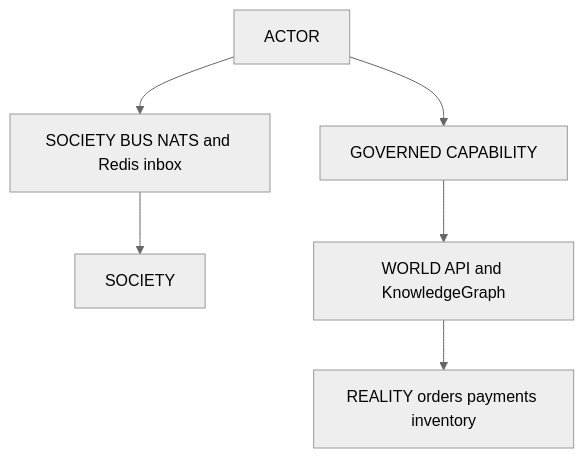
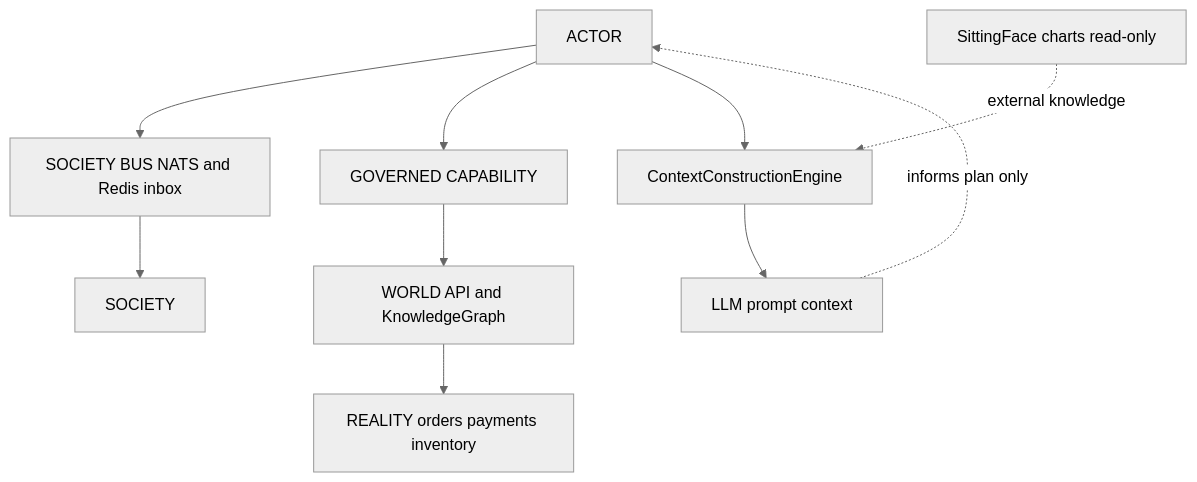
The third of 25 diagrams in docs/DIAGRAMS.md (monkeypatched-stack/cogitive-os), drawn with Mermaid (neutral theme) before and after one commit. The commit also changed other lines of this file, not shown here.

Commit message:
adding diagrams

````diff
--- a/docs/DIAGRAMS.md
+++ b/docs/DIAGRAMS.md
@@ -135,15 +173,22 @@
 ```mermaid
 flowchart TB
     Actor["ACTOR"]
     Bus["SOCIETY BUS NATS and Redis inbox"]
     Cap["GOVERNED CAPABILITY"]
     Soc["SOCIETY"]
+    CCE["ContextConstructionEngine"]
+    SF["SittingFace charts read-only"]
+    LLM["LLM prompt context"]
     WAPI["WORLD API and KnowledgeGraph"]
     Reality["REALITY orders payments inventory"]
 
     Actor --> Bus
     Actor --> Cap
+    Actor --> CCE
+    SF -.->|external knowledge| CCE
+    CCE --> LLM
+    LLM -.->|informs plan only| Actor
     Bus --> Soc
     Cap --> WAPI
     WAPI --> Reality
 ```
````
